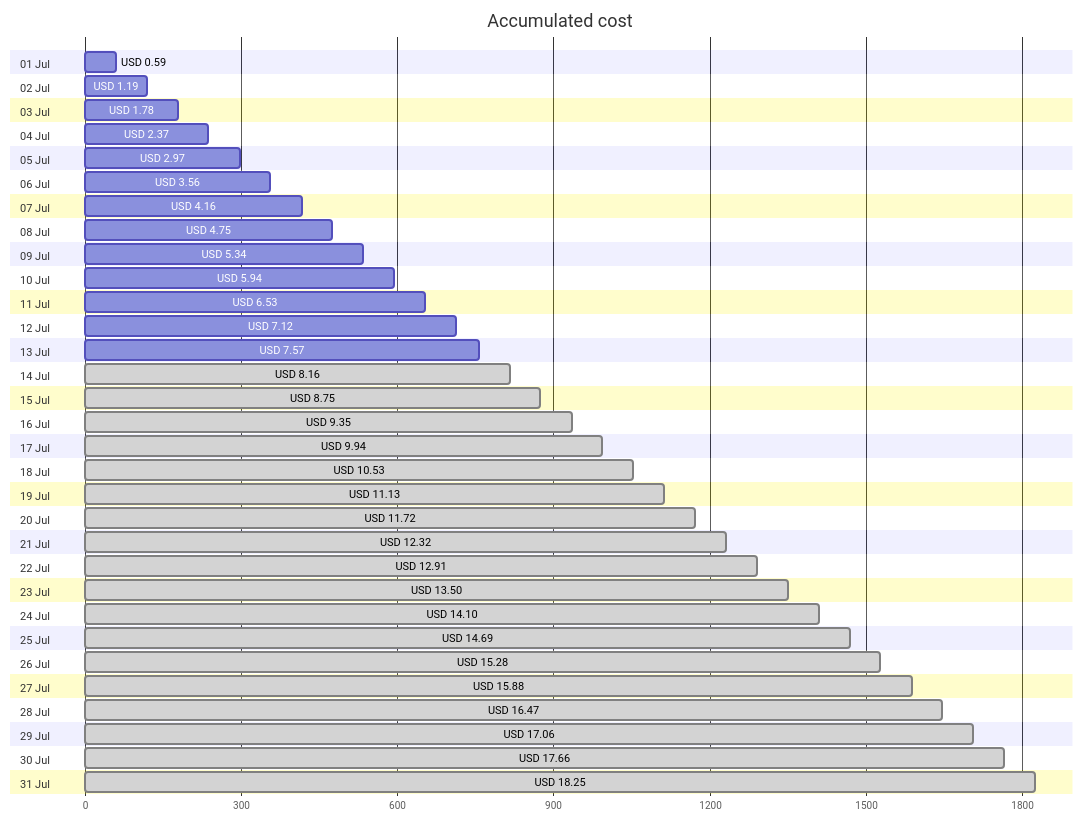
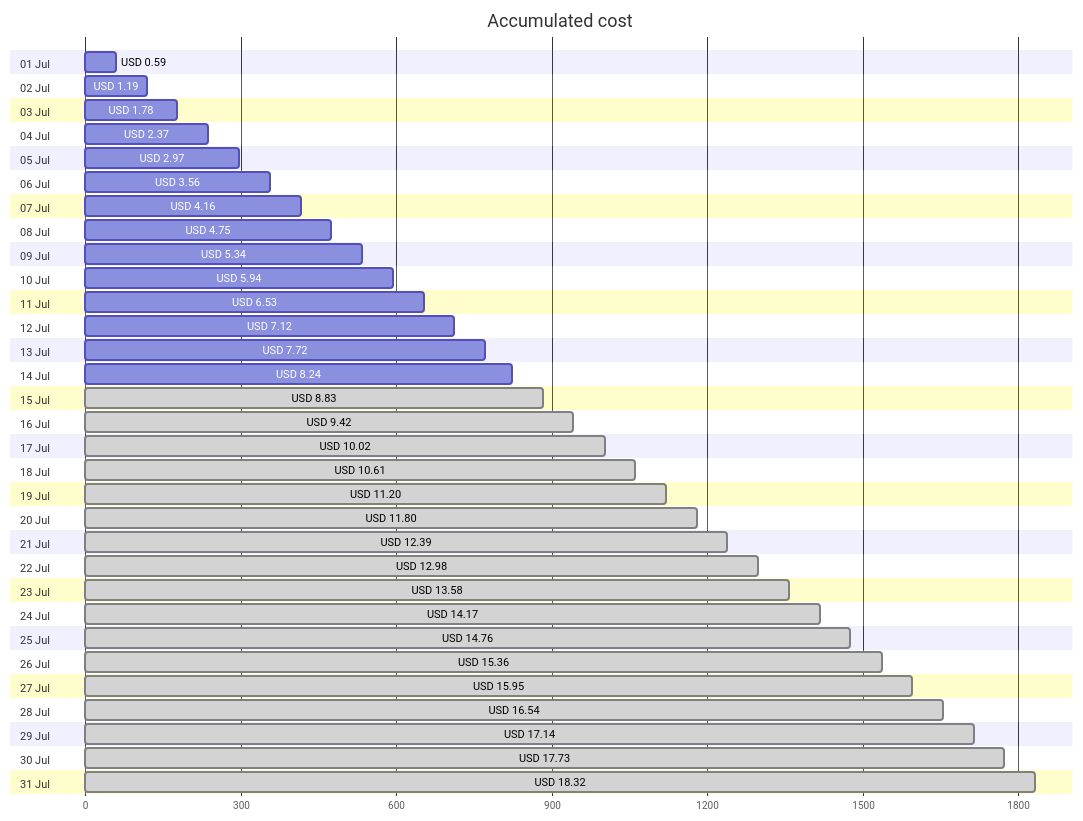
One commit to jpfulton/azure-personal-reports changed the first of 4 diagrams in cost-reports/personal-site/README.md. Above: the diagram before and after it, drawn with Mermaid. The commit also changed other lines of this file and 6 other files, not shown here.

````diff
--- a/cost-reports/personal-site/README.md
+++ b/cost-reports/personal-site/README.md
@@ -20,68 +20,68 @@
 ```mermaid
 gantt
    title Accumulated cost
    dateFormat  X
    axisFormat %s
    section 01 Jul
    USD 0.59 :0, 59
    section 02 Jul
    USD 1.19 :0, 119
    section 03 Jul
    USD 1.78 :0, 178
    section 04 Jul
    USD 2.37 :0, 237
    section 05 Jul
    USD 2.97 :0, 297
    section 06 Jul
    USD 3.56 :0, 356
    section 07 Jul
    USD 4.16 :0, 416
    section 08 Jul
    USD 4.75 :0, 475
    section 09 Jul
    USD 5.34 :0, 534
    section 10 Jul
    USD 5.94 :0, 594
    section 11 Jul
    USD 6.53 :0, 653
    section 12 Jul
    USD 7.12 :0, 712
    section 13 Jul
-   USD 7.57 :0, 757
+   USD 7.72 :0, 772
    section 14 Jul
-   USD 8.16 : done, 0, 816
+   USD 8.24 :0, 824
    section 15 Jul
-   USD 8.75 : done, 0, 875
+   USD 8.83 : done, 0, 883
    section 16 Jul
-   USD 9.35 : done, 0, 935
+   USD 9.42 : done, 0, 942
    section 17 Jul
-   USD 9.94 : done, 0, 994
+   USD 10.02 : done, 0, 1002
    section 18 Jul
-   USD 10.53 : done, 0, 1053
+   USD 10.61 : done, 0, 1061
    section 19 Jul
-   USD 11.13 : done, 0, 1113
+   USD 11.20 : done, 0, 1120
    section 20 Jul
-   USD 11.72 : done, 0, 1172
+   USD 11.80 : done, 0, 1180
    section 21 Jul
-   USD 12.32 : done, 0, 1232
+   USD 12.39 : done, 0, 1239
    section 22 Jul
-   USD 12.91 : done, 0, 1291
+   USD 12.98 : done, 0, 1298
    section 23 Jul
-   USD 13.50 : done, 0, 1350
+   USD 13.58 : done, 0, 1358
    section 24 Jul
-   USD 14.10 : done, 0, 1410
+   USD 14.17 : done, 0, 1417
    section 25 Jul
-   USD 14.69 : done, 0, 1469
+   USD 14.76 : done, 0, 1476
    section 26 Jul
-   USD 15.28 : done, 0, 1528
+   USD 15.36 : done, 0, 1536
    section 27 Jul
-   USD 15.88 : done, 0, 1588
+   USD 15.95 : done, 0, 1595
    section 28 Jul
-   USD 16.47 : done, 0, 1647
+   USD 16.54 : done, 0, 1654
    section 29 Jul
-   USD 17.06 : done, 0, 1706
+   USD 17.14 : done, 0, 1714
    section 30 Jul
-   USD 17.66 : done, 0, 1766
+   USD 17.73 : done, 0, 1773
    section 31 Jul
-   USD 18.25 : done, 0, 1825
+   USD 18.32 : done, 0, 1832
 ```
````
